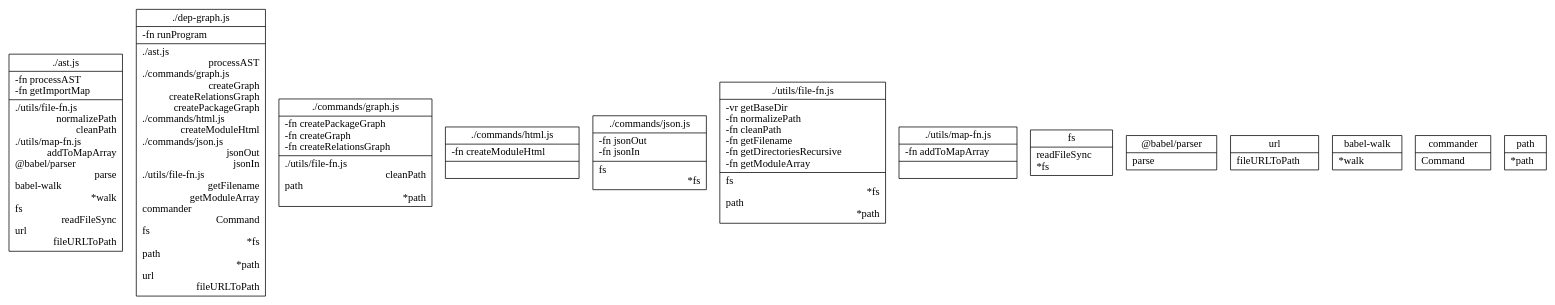
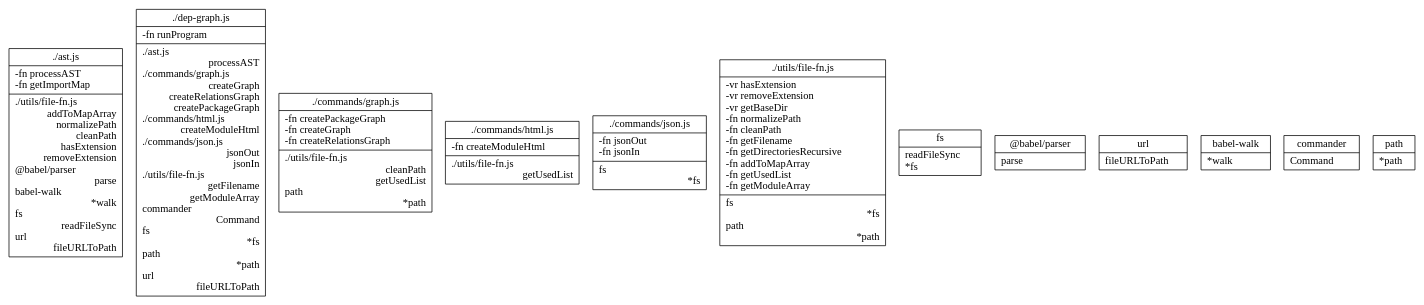
Before and after one commit to fleebe/dep-graph: the diagram in __tests__/out-eg/srcDependencies.dot, drawn with Graphviz. The commit also changed 16 other files, not shown here.

```diff
--- a/__tests__/out-eg/srcDependencies.dot
+++ b/__tests__/out-eg/srcDependencies.dot
@@ -1,90 +1,94 @@
 digraph {
 node [shape=record];
 "./ast.js" [label="{ ./ast.js | 
 	 -fn processAST \l
 	 -fn getImportMap \l
-|		./utils/file-fn.js\l		normalizePath\r
+|		./utils/file-fn.js\l		addToMapArray\r
+		normalizePath\r
 		cleanPath\r
-		./utils/map-fn.js\l		addToMapArray\r
+		hasExtension\r
+		removeExtension\r
 		@babel/parser\l		parse\r
 		babel-walk\l		*walk\r
 		fs\l		readFileSync\r
 		url\l		fileURLToPath\r
 }"];
 
 "./dep-graph.js" [label="{ ./dep-graph.js | 
 	 -fn runProgram \l
 |		./ast.js\l		processAST\r
 		./commands/graph.js\l		createGraph\r
 		createRelationsGraph\r
 		createPackageGraph\r
 		./commands/html.js\l		createModuleHtml\r
 		./commands/json.js\l		jsonOut\r
 		jsonIn\r
 		./utils/file-fn.js\l		getFilename\r
 		getModuleArray\r
 		commander\l		Command\r
 		fs\l		*fs\r
 		path\l		*path\r
 		url\l		fileURLToPath\r
 }"];
 
 "./commands/graph.js" [label="{ ./commands/graph.js | 
 	 -fn createPackageGraph \l
 	 -fn createGraph \l
 	 -fn createRelationsGraph \l
 |		./utils/file-fn.js\l		cleanPath\r
+		getUsedList\r
 		path\l		*path\r
 }"];
 
 "./commands/html.js" [label="{ ./commands/html.js | 
 	 -fn createModuleHtml \l
-|}"];
+|		./utils/file-fn.js\l		getUsedList\r
+}"];
 
 "./commands/json.js" [label="{ ./commands/json.js | 
 	 -fn jsonOut \l
 	 -fn jsonIn \l
 |		fs\l		*fs\r
 }"];
 
 "./utils/file-fn.js" [label="{ ./utils/file-fn.js | 
+	 -vr hasExtension \l
+	 -vr removeExtension \l
 	 -vr getBaseDir \l
 	 -fn normalizePath \l
 	 -fn cleanPath \l
 	 -fn getFilename \l
 	 -fn getDirectoriesRecursive \l
+	 -fn addToMapArray \l
+	 -fn getUsedList \l
 	 -fn getModuleArray \l
 |		fs\l		*fs\r
 		path\l		*path\r
 }"];
-
-"./utils/map-fn.js" [label="{ ./utils/map-fn.js | 
-	 -fn addToMapArray \l
-|}"];
 
 "fs" [label="{fs|
 	readFileSync\l
 	*fs\l
 }"];
 
 "@babel/parser" [label="{@babel/parser|
 	parse\l
 }"];
 
 "url" [label="{url|
 	fileURLToPath\l
 }"];
 
 "babel-walk" [label="{babel-walk|
 	*walk\l
 }"];
 
 "commander" [label="{commander|
 	Command\l
 }"];
 
 "path" [label="{path|
 	*path\l
 }"];
 
 }
```
